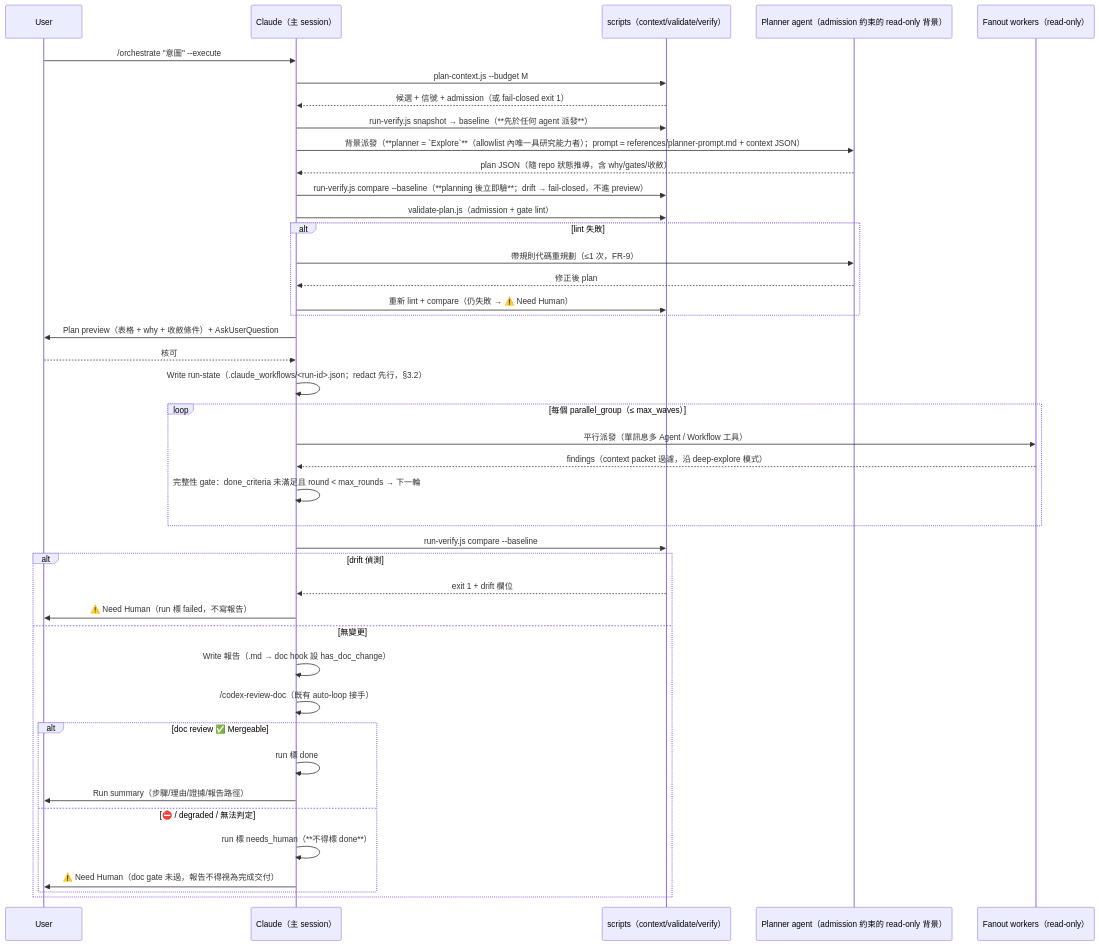
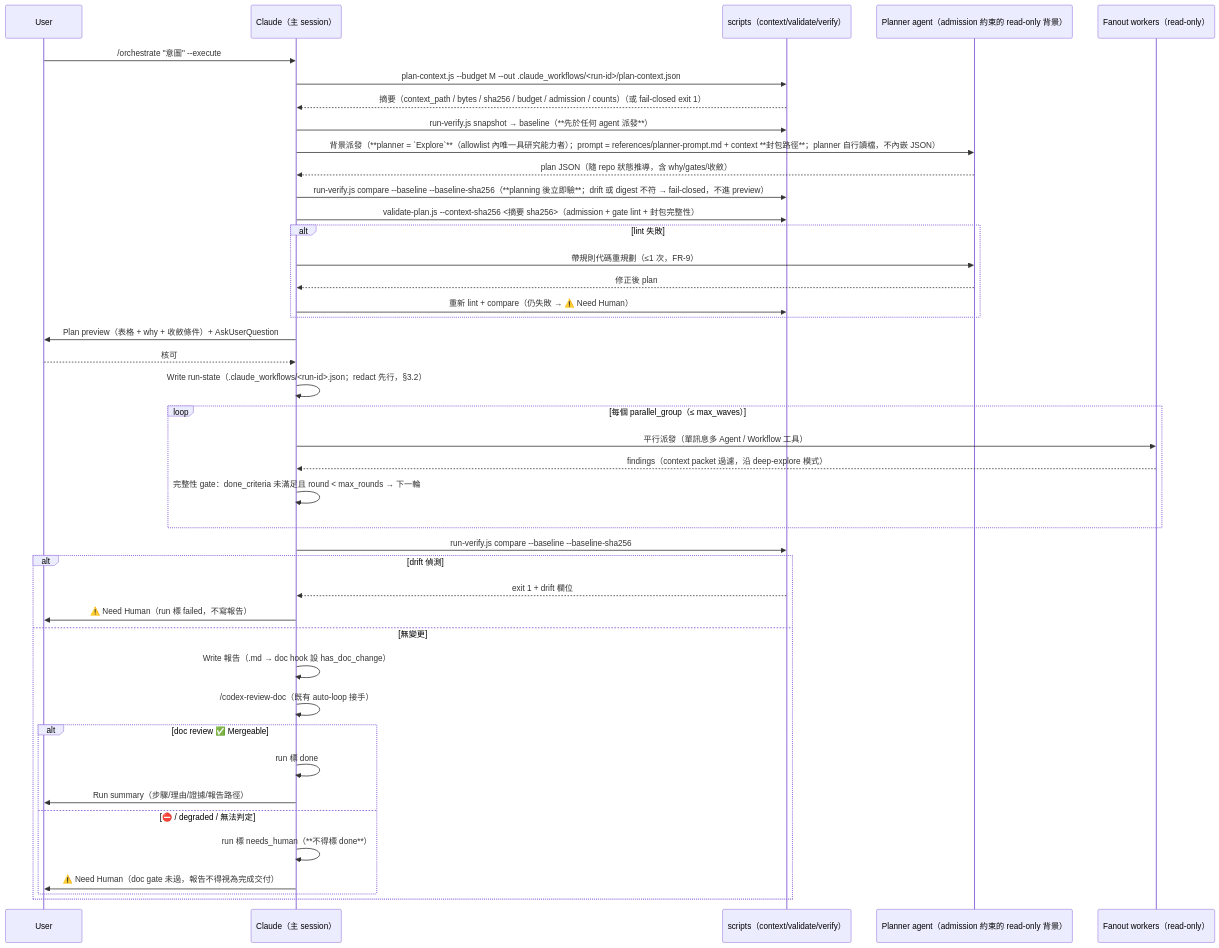
Before and after one commit to sd0xdev/sd0x-dev-flow: the second of 2 diagrams in docs/features/workflow-orchestration/2-tech-spec.md, drawn with Mermaid. The commit also changed other lines of this file and 87 other files, not shown here.

````diff
--- a/docs/features/workflow-orchestration/2-tech-spec.md
+++ b/docs/features/workflow-orchestration/2-tech-spec.md
@@ -281,44 +322,44 @@
 ```mermaid
 sequenceDiagram
     participant U as User
     participant C as Claude（主 session）
     participant S as scripts（context/validate/verify）
     participant P as Planner agent（admission 約束的 read-only 背景）
     participant W as Fanout workers（read-only）
     U->>C: /orchestrate "意圖" --execute
-    C->>S: plan-context.js --budget M
-    S-->>C: 候選 + 信號 + admission（或 fail-closed exit 1）
+    C->>S: plan-context.js --budget M --out .claude_workflows/<run-id>/plan-context.json
+    S-->>C: 摘要（context_path / bytes / sha256 / budget / admission / counts）（或 fail-closed exit 1）
     C->>S: run-verify.js snapshot → baseline（**先於任何 agent 派發**）
-    C->>P: 背景派發（**planner = `Explore`**（allowlist 內唯一具研究能力者）；prompt = references/planner-prompt.md + context JSON）
+    C->>P: 背景派發（**planner = `Explore`**（allowlist 內唯一具研究能力者）；prompt = references/planner-prompt.md + context **封包路徑**；planner 自行讀檔，不內嵌 JSON）
     P-->>C: plan JSON（隨 repo 狀態推導，含 why/gates/收斂）
-    C->>S: run-verify.js compare --baseline（**planning 後立即驗**；drift → fail-closed，不進 preview）
-    C->>S: validate-plan.js（admission + gate lint）
+    C->>S: run-verify.js compare --baseline --baseline-sha256（**planning 後立即驗**；drift 或 digest 不符 → fail-closed，不進 preview）
+    C->>S: validate-plan.js --context-sha256 <摘要 sha256>（admission + gate lint + 封包完整性）
     alt lint 失敗
         C->>P: 帶規則代碼重規劃（≤1 次，FR-9）
         P-->>C: 修正後 plan
         C->>S: 重新 lint + compare（仍失敗 → ⚠️ Need Human）
     end
     C->>U: Plan preview（表格 + why + 收斂條件）+ AskUserQuestion
     U-->>C: 核可
     C->>C: Write run-state（.claude_workflows/<run-id>.json；redact 先行，§3.2）
     loop 每個 parallel_group（≤ max_waves）
         C->>W: 平行派發（單訊息多 Agent / Workflow 工具）
         W-->>C: findings（context packet 過濾，沿 deep-explore 模式）
         C->>C: 完整性 gate：done_criteria 未滿足且 round < max_rounds → 下一輪
     end
-    C->>S: run-verify.js compare --baseline
+    C->>S: run-verify.js compare --baseline --baseline-sha256
     alt drift 偵測
         S-->>C: exit 1 + drift 欄位
         C->>U: ⚠️ Need Human（run 標 failed，不寫報告）
     else 無變更
         C->>C: Write 報告（.md → doc hook 設 has_doc_change）
         C->>C: /codex-review-doc（既有 auto-loop 接手）
         alt doc review ✅ Mergeable
             C->>C: run 標 done
             C->>U: Run summary（步驟/理由/證據/報告路徑）
         else ⛔ / degraded / 無法判定
             C->>C: run 標 needs_human（**不得標 done**）
             C->>U: ⚠️ Need Human（doc gate 未過，報告不得視為完成交付）
         end
     end
 ```
````
